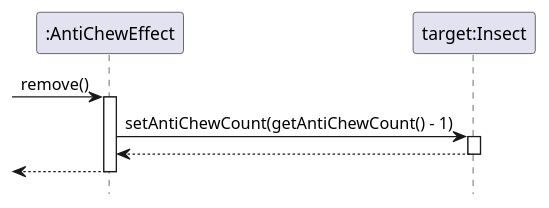
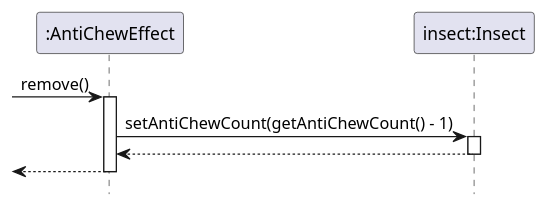
Before and after one commit to ZD4ve/projlab-error521: the diagram in AntiChewEffect/wearoff.pu, drawn with PlantUML. The commit also changed 7 other files, not shown here.

```diff
--- a/AntiChewEffect/wearoff.pu
+++ b/AntiChewEffect/wearoff.pu
@@ -1,16 +1,16 @@
 @startuml AntiChewEffect/wearoff
 hide footbox
 
 participant ":AntiChewEffect" as effect
-participant "target:Insect" as target
+participant "insect:Insect" as target
 
 -> effect : remove()
 activate effect
 
 effect -> target : setAntiChewCount(getAntiChewCount() - 1)
 activate target
 return
 
 return
 
 @enduml
```
